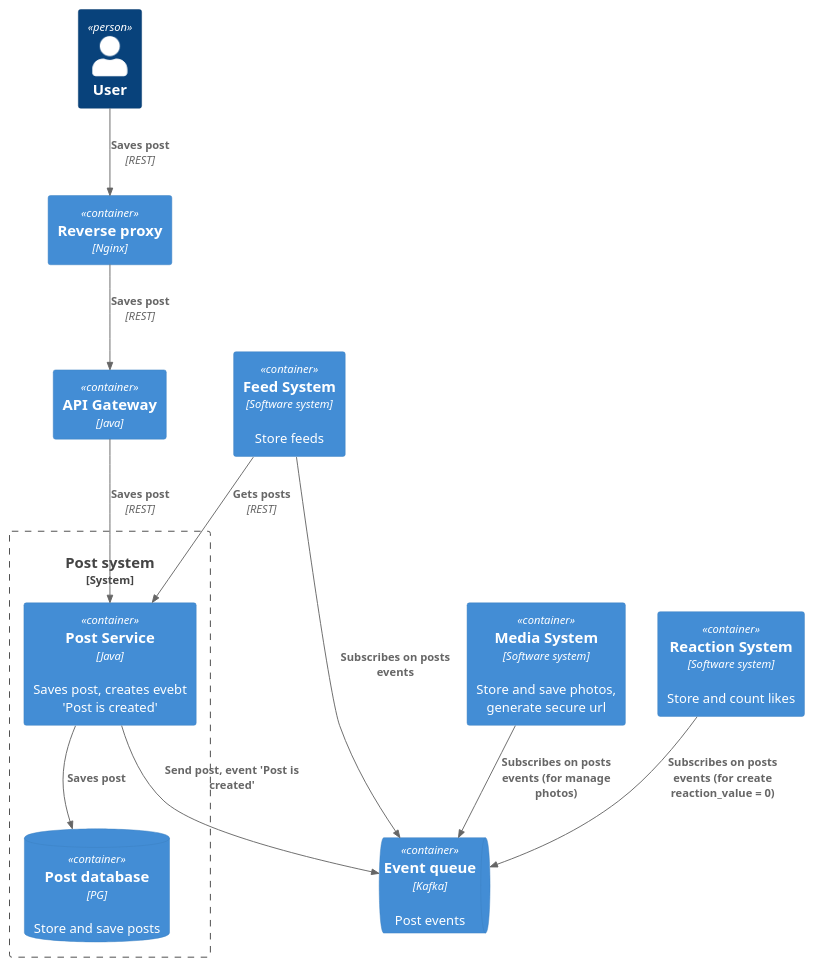
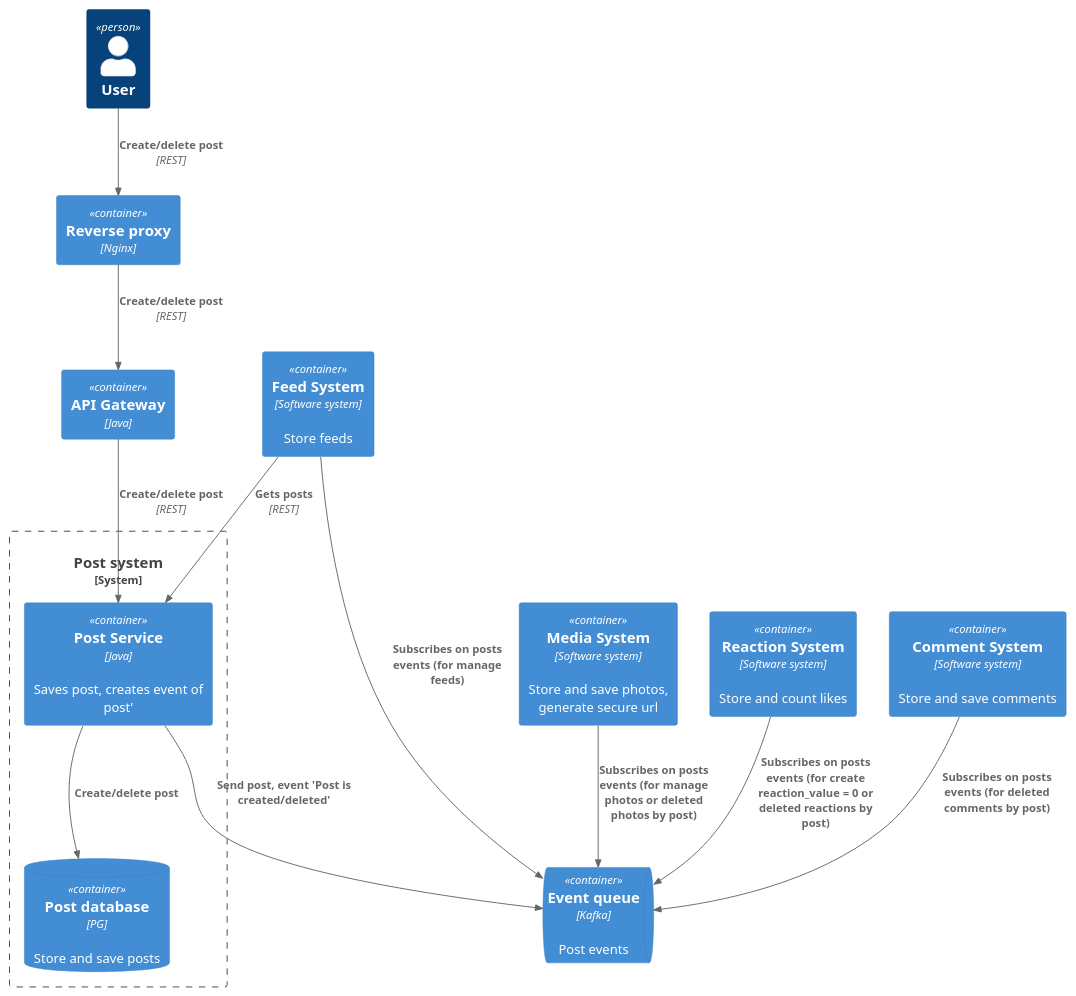
The diagram in architecture/post_system/container.puml (K0ncsss/-social_network_system_design), drawn with PlantUML before and after one commit. The commit also changed 4 other files, not shown here.

Commit message:
Добавила прослушивание очереди событий создания\удаления постов comment-service для удаления комментариев удаленного поста

```diff
--- a/architecture/post_system/container.puml
+++ b/architecture/post_system/container.puml
@@ -1,31 +1,32 @@
 @startuml
 !include https://raw.githubusercontent.com/plantuml-stdlib/C4-PlantUML/master/C4_Container.puml
 
 Person(user, "User")
 Container(LB, "Reverse proxy", "Nginx", "")
 Container(api, "API Gateway", "Java")
 Container(api, "API Gateway", "Java")
 ContainerQueue(EventQ, "Event queue", "Kafka", "Post events")
 Container(FeedSystem, "Feed System", "Software system", "Store feeds")
 Container(MediaSystem, "Media System", "Software system", "Store and save photos, generate secure url")
 Container(ReactionSystem, "Reaction System", "Software system", "Store and count likes")
-
+Container(CommentSystem, "Comment System", "Software system", "Store and save comments")
 
 
 System_Boundary(PostSystem, "Post system") {
-Container(PostService, "Post Service", "Java", "Saves post, creates evebt 'Post is created'")
+Container(PostService, "Post Service", "Java", "Saves post, creates event of post'")
 ContainerDb(PostDb, "Post database", "PG", "Store and save posts")
 }
 
 
-Rel(user, LB, "Saves post", "REST")
-Rel(LB, api, "Saves post", "REST")
-Rel(api, PostService, "Saves post", "REST")
-Rel(PostService, PostDb, "Saves post")
-Rel(PostService, EventQ, "Send post, event 'Post is created'")
+Rel(user, LB, "Create/delete post", "REST")
+Rel(LB, api, "Create/delete post", "REST")
+Rel(api, PostService, "Create/delete post", "REST")
+Rel(PostService, PostDb, "Create/delete post")
+Rel(PostService, EventQ, "Send post, event 'Post is created/deleted'")
 Rel(FeedSystem, PostService, "Gets posts", "REST")
-Rel(FeedSystem, EventQ, "Subscribes on posts events")
-Rel(MediaSystem, EventQ, "Subscribes on posts events (for manage photos)")
-Rel(ReactionSystem, EventQ, "Subscribes on posts events (for create reaction_value = 0)")
+Rel(FeedSystem, EventQ, "Subscribes on posts events (for manage feeds)")
+Rel(MediaSystem, EventQ, "Subscribes on posts events (for manage photos or deleted photos by post)")
+Rel(ReactionSystem, EventQ, "Subscribes on posts events (for create reaction_value = 0 or deleted reactions by post)")
+Rel(CommentSystem, EventQ, "Subscribes on posts events (for deleted comments by post)")
 
 @enduml
```
